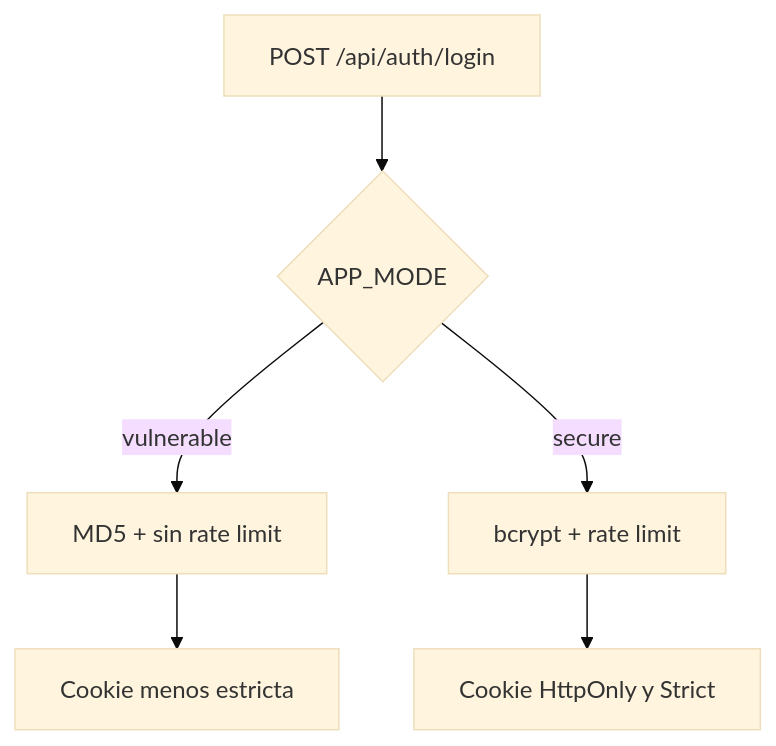
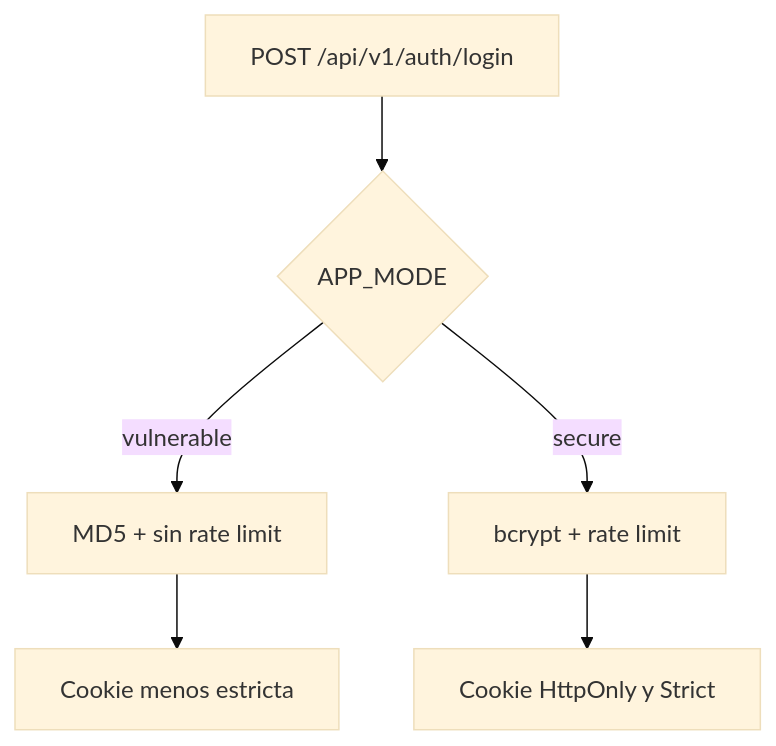
Before and after one commit to ewsophie333-lgtm/sofia-solutions: the tenth of 17 diagrams in sofia-backend/DOCUMENTACION-APA.md, drawn with Mermaid (base theme). The commit also changed other lines of this file and 51 other files, not shown here.

Commit message:
Implement dual login flows and refresh dashboard UX

````diff
--- a/sofia-backend/DOCUMENTACION-APA.md
+++ b/sofia-backend/DOCUMENTACION-APA.md
@@ -342,8 +397,8 @@
 ```mermaid
 flowchart TD
-    A[POST /api/auth/login] --> B{APP_MODE}
+    A[POST /api/v1/auth/login] --> B{APP_MODE}
     B -->|vulnerable| C[MD5 + sin rate limit]
     B -->|secure| D[bcrypt + rate limit]
     C --> E[Cookie menos estricta]
     D --> F[Cookie HttpOnly y Strict]
 ```
````
